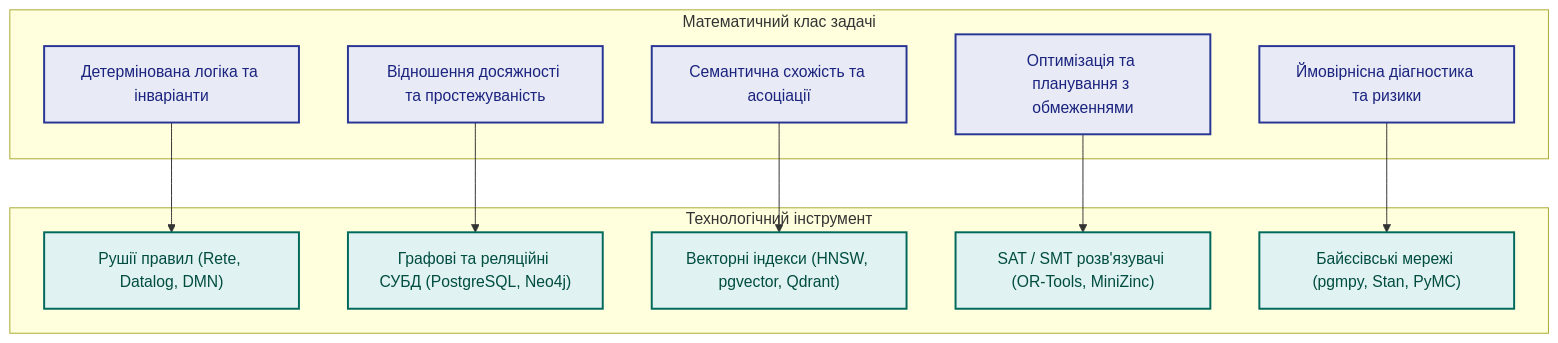
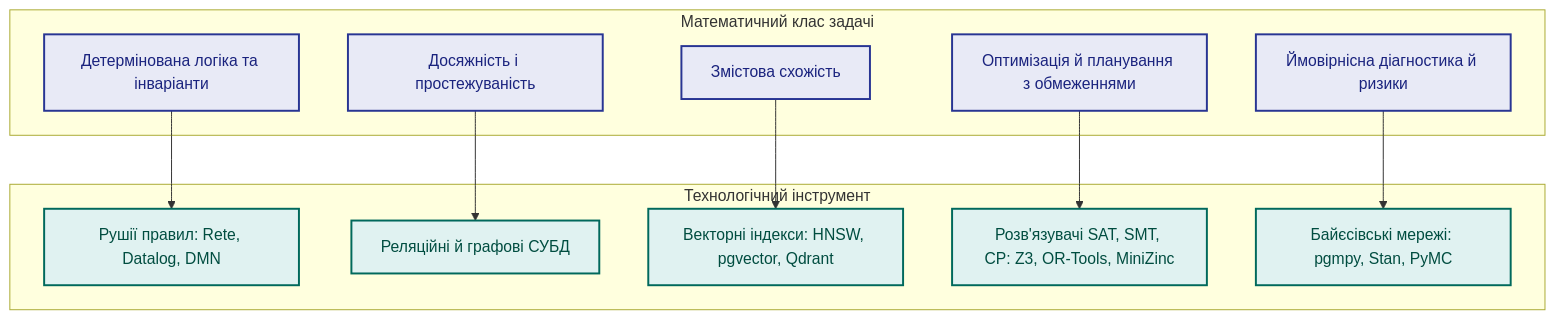
The first of 3 diagrams in ExpertSystem/ch17-implementation-stack.md (nick-fedchik/articles), drawn with Mermaid before and after one commit. The commit also changed other lines of this file, not shown here.

````diff
--- a/ExpertSystem/ch17-implementation-stack.md
+++ b/ExpertSystem/ch17-implementation-stack.md
@@ -14,33 +17,33 @@
 ```mermaid
 flowchart TD
-    accTitle: Відображення математичних класів задач на технологічний стек
-    accDescr: Схема розподілу математичних методів за конкретними інструментами та класами сховищ.
+    accTitle: Відповідність математичних класів задач технологічним інструментам
+    accDescr: П'ять класів задач, від детермінованої логіки до ймовірнісної діагностики, і класи інструментів, що їм відповідають.
 
     subgraph Math["Математичний клас задачі"]
         M1["Детермінована логіка та інваріанти"]
-        M2["Відношення досяжності та простежуваність"]
-        M3["Семантична схожість та асоціації"]
-        M4["Оптимізація та планування з обмеженнями"]
-        M5["Ймовірнісна діагностика та ризики"]
+        M2["Досяжність і простежуваність"]
+        M3["Змістова схожість"]
+        M4["Оптимізація й планування з обмеженнями"]
+        M5["Ймовірнісна діагностика й ризики"]
     end
 
     subgraph Tech["Технологічний інструмент"]
-        T1["Рушії правил (Rete, Datalog, DMN)"]
-        T2["Графові та реляційні СУБД (PostgreSQL, Neo4j)"]
-        T3["Векторні індекси (HNSW, pgvector, Qdrant)"]
-        T4["SAT / SMT розв'язувачі (OR-Tools, MiniZinc)"]
-        T5["Байєсівські мережі (pgmpy, Stan, PyMC)"]
+        T1["Рушії правил: Rete, Datalog, DMN"]
+        T2["Реляційні й графові СУБД"]
+        T3["Векторні індекси: HNSW, pgvector, Qdrant"]
+        T4["Розв'язувачі SAT, SMT, CP: Z3, OR-Tools, MiniZinc"]
+        T5["Байєсівські мережі: pgmpy, Stan, PyMC"]
     end
 
     M1 --> T1
     M2 --> T2
     M3 --> T3
     M4 --> T4
     M5 --> T5
 
     classDef math fill:#e8eaf6,stroke:#283593,stroke-width:2px,color:#1a237e;
     classDef tech fill:#e0f2f1,stroke:#00695c,stroke-width:2px,color:#004d40;
 
     class M1,M2,M3,M4,M5 math;
     class T1,T2,T3,T4,T5 tech;
 ```
````
